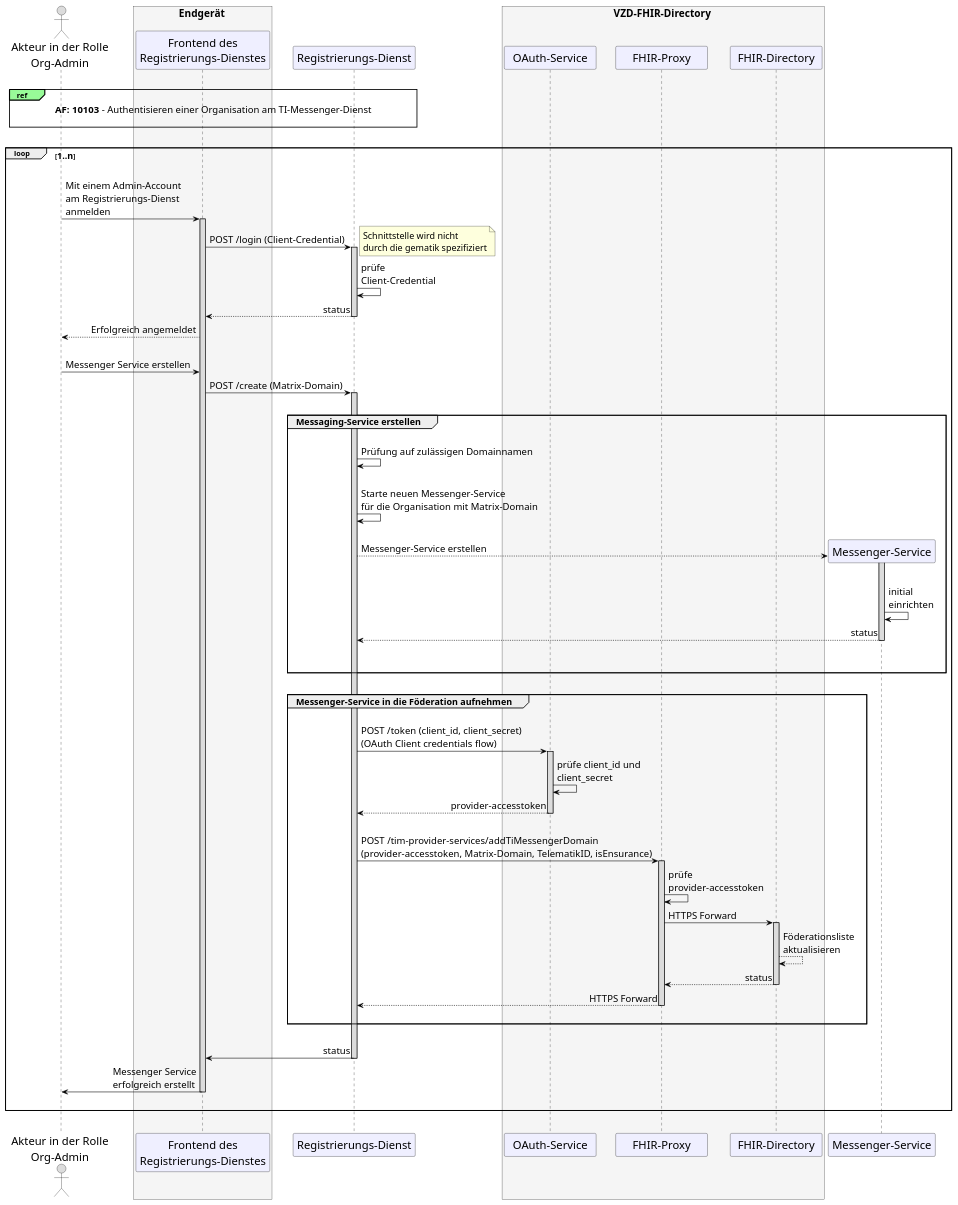
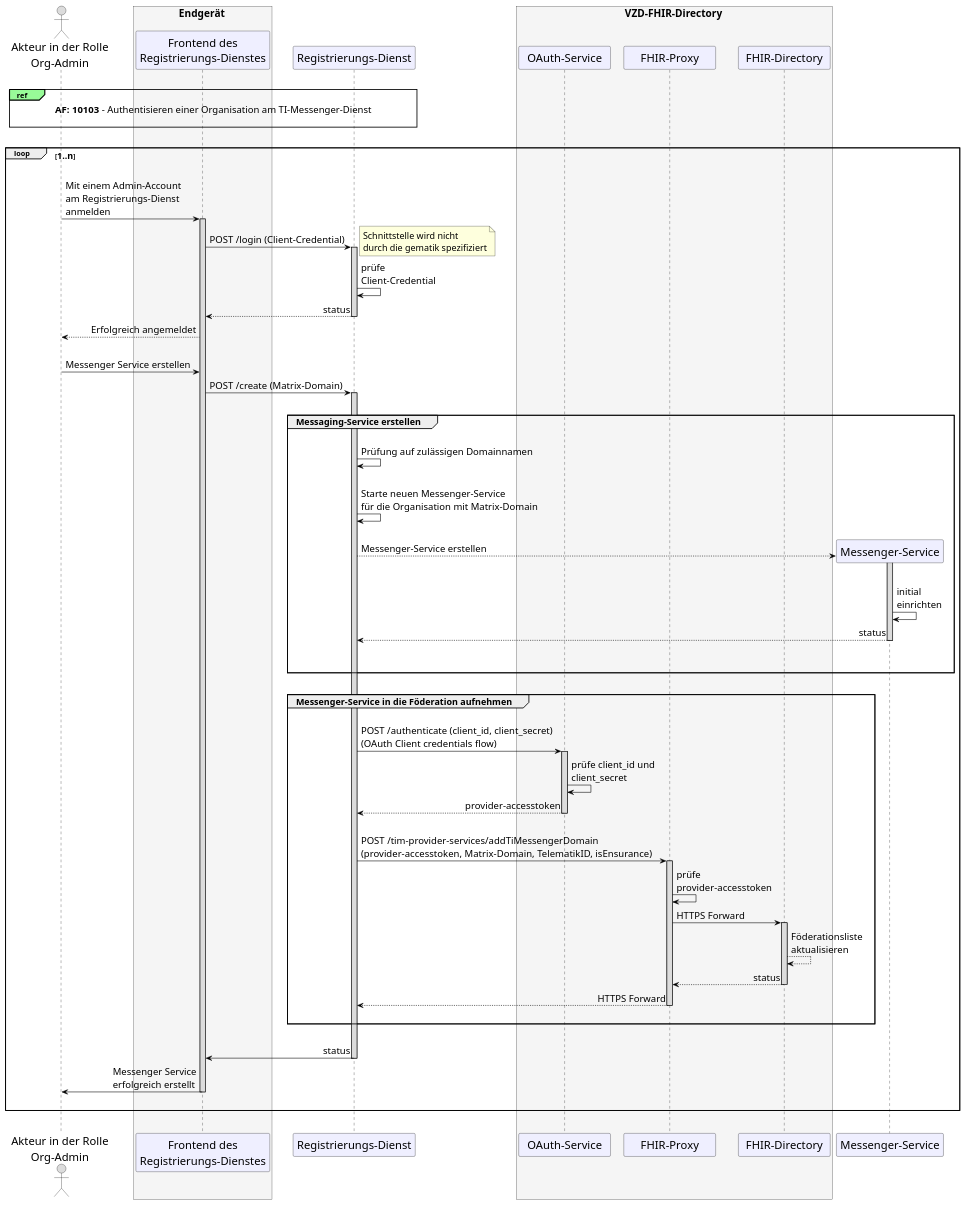
Before and after one commit to gematik/api-ti-messenger: the diagram in src/plantuml/TI-Messenger-Dienst/Ressourcen/UC_10060_Seq.puml, drawn with PlantUML.

```diff
--- a/src/plantuml/TI-Messenger-Dienst/Ressourcen/UC_10060_Seq.puml
+++ b/src/plantuml/TI-Messenger-Dienst/Ressourcen/UC_10060_Seq.puml
@@ -9,110 +9,110 @@
 @startuml
 skinparam sequenceMessageAlign direction
 skinparam WrapWidth 300
 skinparam minClassWidth 150
 skinparam BoxPadding 1
 skinparam sequenceReferenceHeaderBackgroundColor palegreen
 scale max 2048 width
 
 skinparam sequence {
 ArrowColor black
 ArrowFontSize 17
 ActorBorderColor black
 LifeLineBorderColor black
 LifeLineBackgroundColor Gainsboro
 
 ParticipantBorderColor Motivation
 ParticipantBackgroundColor Motivation
 ParticipantFontName Impact
 ParticipantFontSize 20
 ParticipantFontColor black
 ParticipantBorderColor Black
 ParticipantBackgroundColor MOTIVATION
 
 ActorBackgroundColor Gainsboro
 ActorFontColor black
 ActorFontSize 20
 ActorFontName Aapex
 }
     actor U as "Akteur in der Rolle\nOrg-Admin"
     box <size:18>Endgerät</size> #WhiteSmoke
       participant C as "Frontend des\nRegistrierungs-Dienstes"
     end box
     participant R as "Registrierungs-Dienst"
     box <size:18>VZD-FHIR-Directory</size> #WhiteSmoke
     participant Auth as "OAuth-Service"
     participant FP as "FHIR-Proxy"
     participant VZD as "FHIR-Directory"
     end box
 
 |||
 ref over U, R: <size:17>**AF: 10103** - Authentisieren einer Organisation am TI-Messenger-Dienst</size>\n 
 |||
 
 loop <size:16>1..n</size>
   |||
   U->C: Mit einem Admin-Account \nam Registrierungs-Dienst \nanmelden
     Activate C
   C->R: POST /login (Client-Credential)
   note right: <size:16>Schnittstelle wird nicht \n<size:16>durch die gematik spezifiziert</size>
     Activate R
   R->R: prüfe \nClient-Credential
   R-->C: status
     Deactivate R
   C-->U: Erfolgreich angemeldet
   |||
   U->C: Messenger Service erstellen
   C->R: POST /create (Matrix-Domain)
     Activate R
     
     |||
     group <size:16>Messaging-Service erstellen</size>
     |||
       R->R: Prüfung auf zulässigen Domainnamen
       |||
       R->R: Starte neuen Messenger-Service \nfür die Organisation mit Matrix-Domain
       |||
         create "Messenger-Service"
           R-->"Messenger-Service" : Messenger-Service erstellen 
         Activate "Messenger-Service"
       |||
       "Messenger-Service"->"Messenger-Service": initial \neinrichten
       "Messenger-Service"-->R: status
       |||
         Deactivate "Messenger-Service"
     |||
     end
     
     |||
     
     group <size:16>Messenger-Service in die Föderation aufnehmen</size>
     |||
-      R->Auth: POST /token (client_id, client_secret) \n(OAuth Client credentials flow)
+      R->Auth: POST /authenticate (client_id, client_secret) \n(OAuth Client credentials flow)
         Activate Auth
       Auth->Auth: prüfe client_id und \nclient_secret
       Auth-->R: provider-accesstoken
         Deactivate Auth
       |||
       R->FP: POST /tim-provider-services/addTiMessengerDomain \n(provider-accesstoken, Matrix-Domain, TelematikID, isEnsurance)
         Activate FP
       FP->FP: prüfe \nprovider-accesstoken
       FP->VZD: HTTPS Forward
         Activate VZD
       VZD-->VZD: Föderationsliste\naktualisieren
       VZD-->FP: status
         Deactivate VZD
       FP-->R: HTTPS Forward
         Deactivate FP
 
     |||
     end
 
   |||
   R->C: status
     Deactivate R
   C->U: Messenger Service \nerfolgreich erstellt
     Deactivate C
   |||
 end
 |||
 @enduml
```
